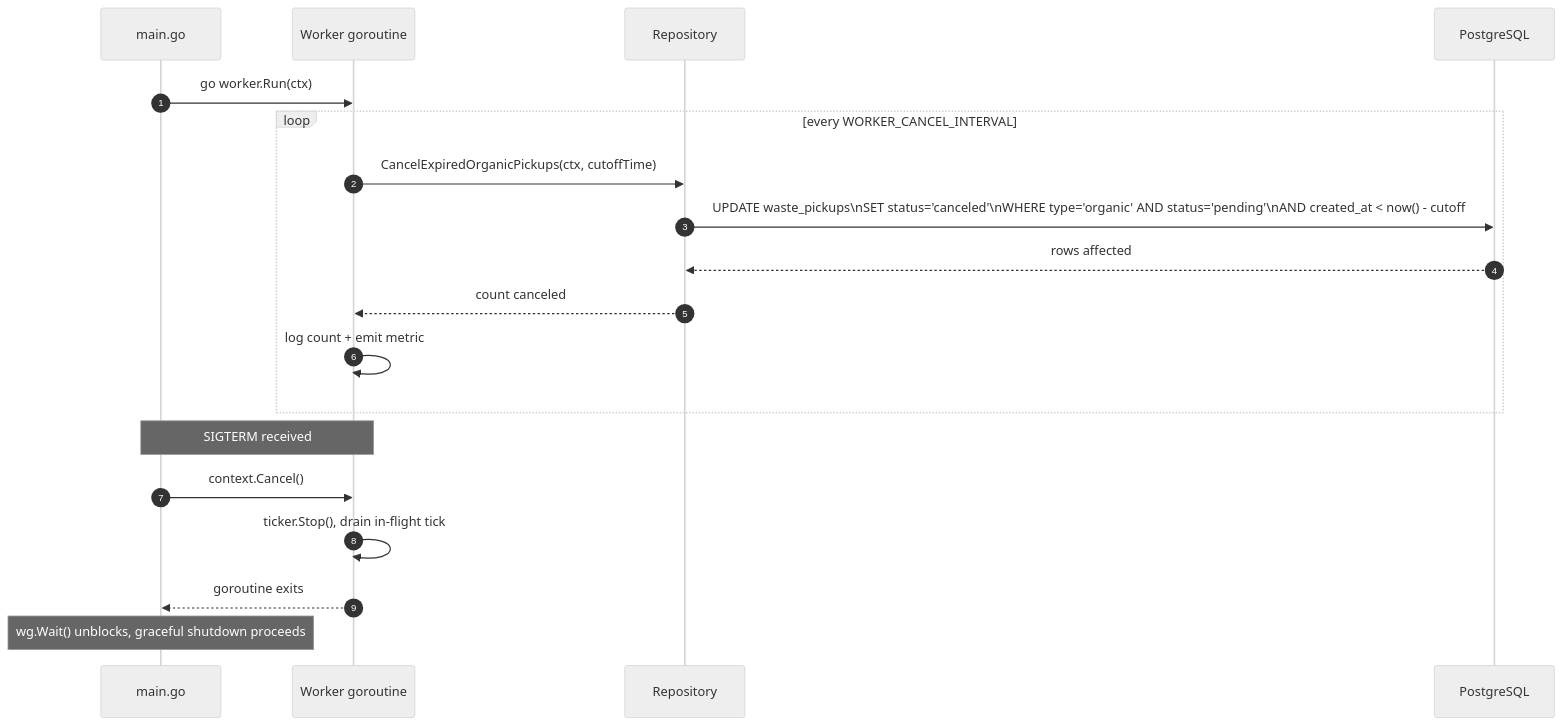
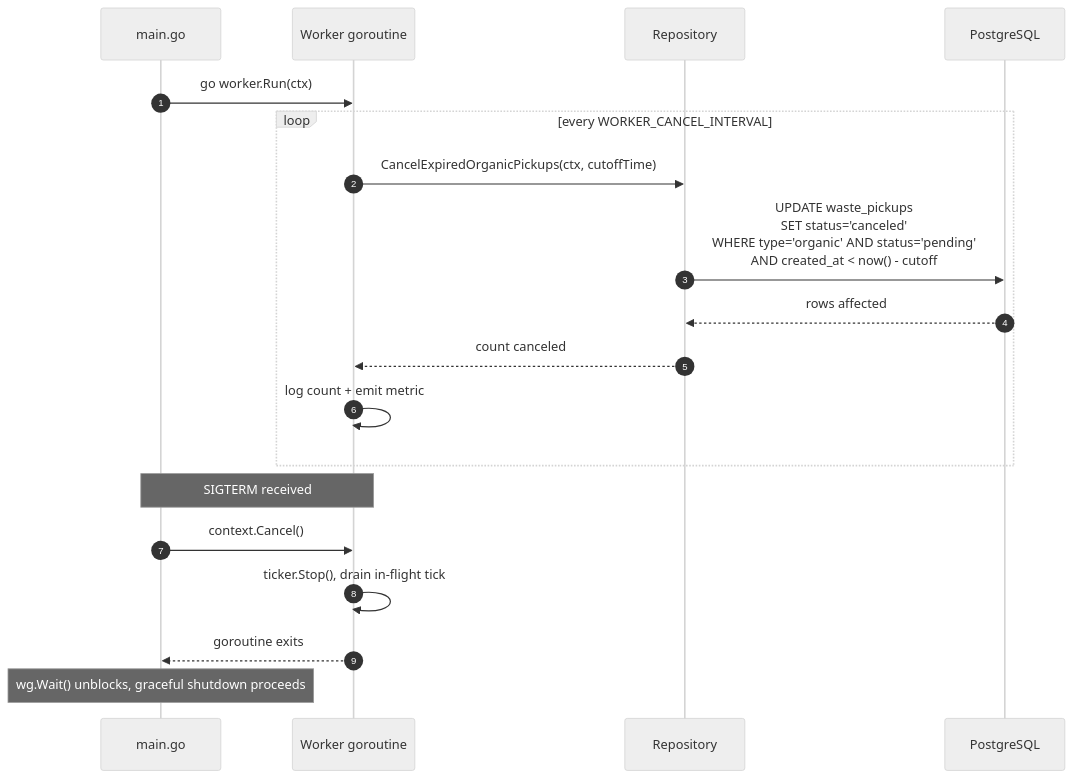
The sixth of 6 diagrams in docs/business-processes.md (fairyhunter13/community-waste-collection-system), drawn with Mermaid (neutral theme) before and after one commit. The commit also changed other lines of this file and 4 other files, not shown here.

First line of the commit message:
fix(docs): repair mermaid diagrams for GitHub compatibility

````diff
--- a/docs/business-processes.md
+++ b/docs/business-processes.md
@@ -165,22 +165,22 @@
 ```mermaid
 sequenceDiagram
     autonumber
     participant M as main.go
     participant W as Worker goroutine
     participant R as Repository
     participant DB as PostgreSQL
 
     M->>W: go worker.Run(ctx)
     loop every WORKER_CANCEL_INTERVAL
         W->>R: CancelExpiredOrganicPickups(ctx, cutoffTime)
-        R->>DB: UPDATE waste_pickups\nSET status='canceled'\nWHERE type='organic' AND status='pending'\nAND created_at < now() - cutoff
+        R->>DB: UPDATE waste_pickups<br/>SET status='canceled'<br/>WHERE type='organic' AND status='pending'<br/>AND created_at < now() - cutoff
         DB-->>R: rows affected
         R-->>W: count canceled
         W->>W: log count + emit metric
     end
     Note over M,W: SIGTERM received
     M->>W: context.Cancel()
     W->>W: ticker.Stop(), drain in-flight tick
     W-->>M: goroutine exits
     Note over M: wg.Wait() unblocks, graceful shutdown proceeds
 ```
````
